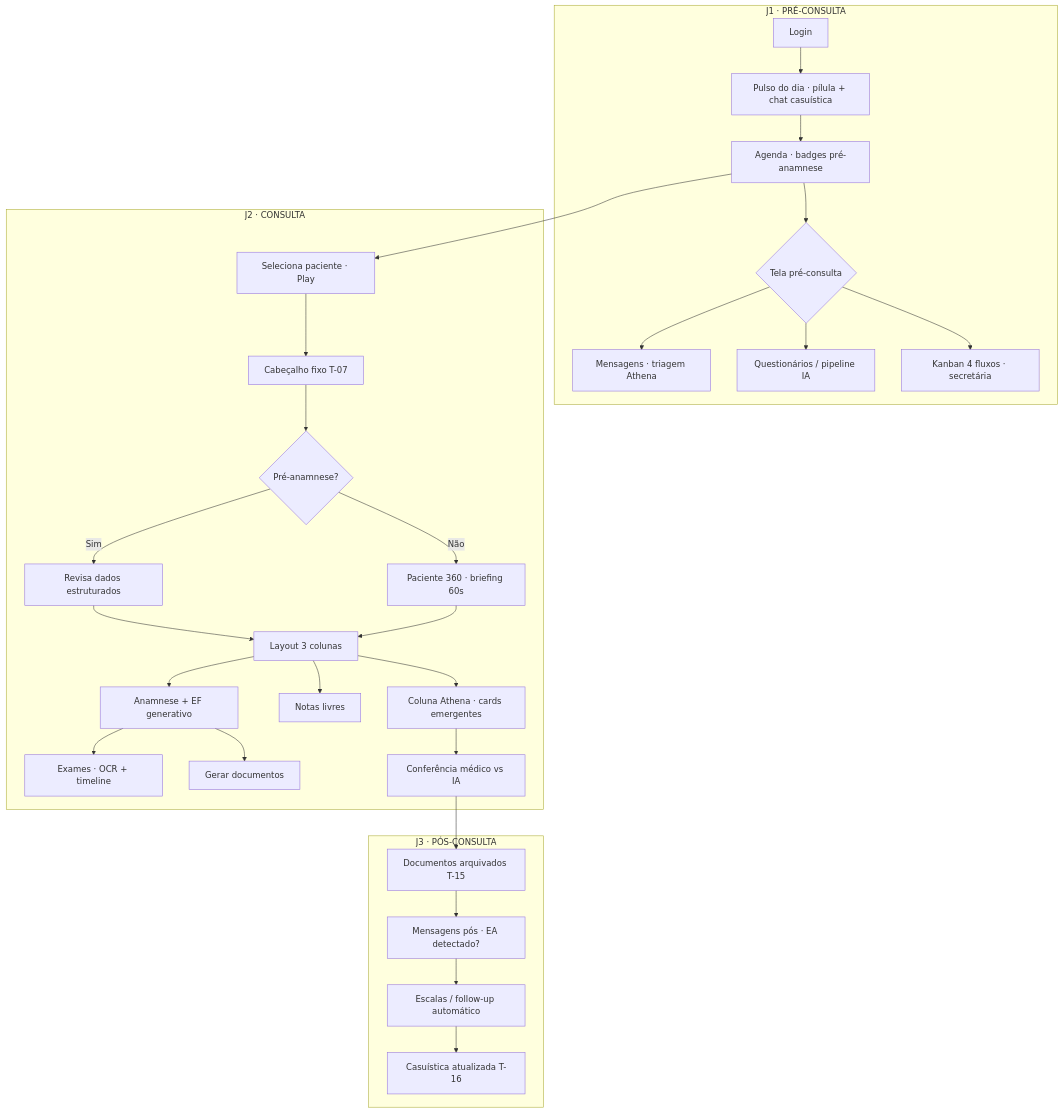
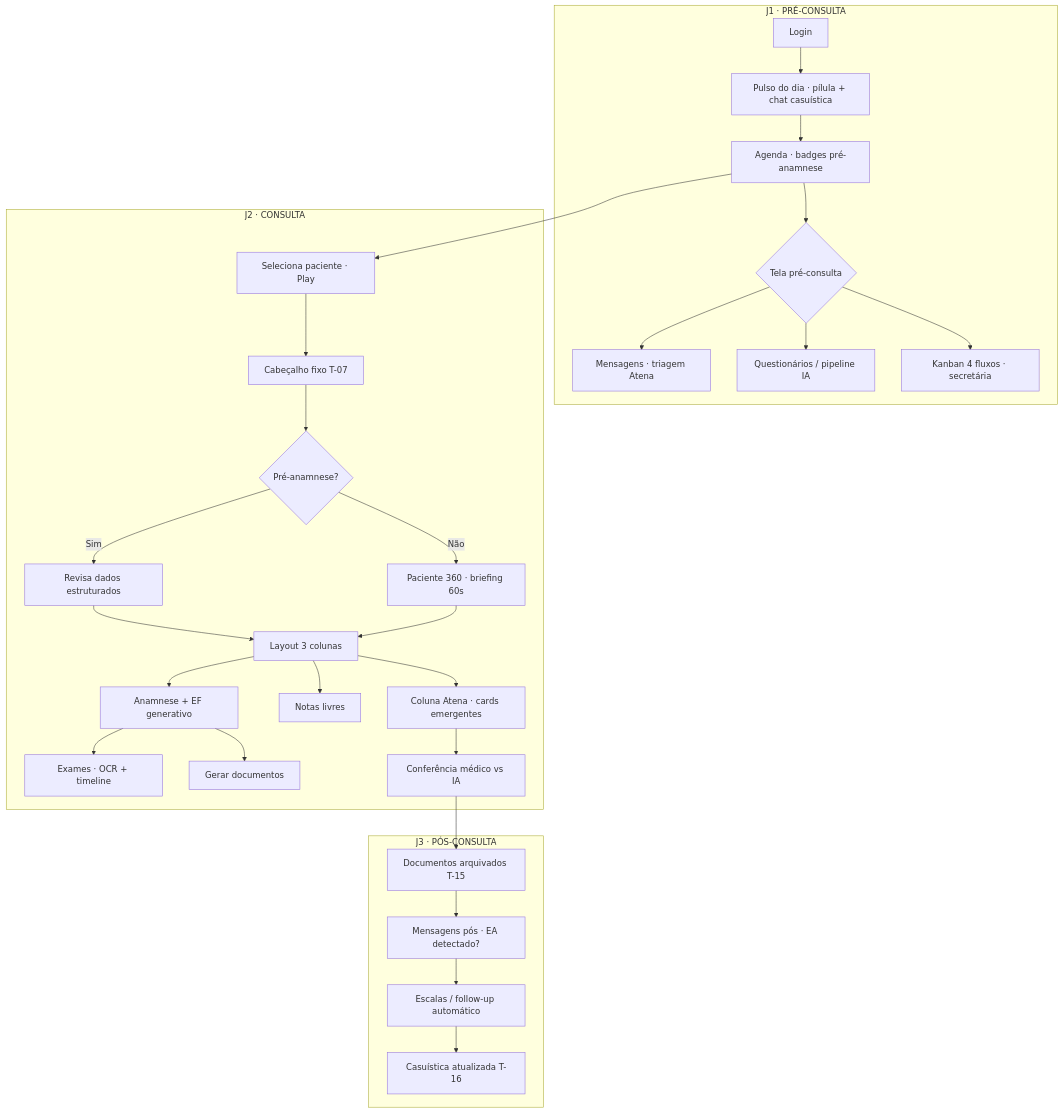
The second of 5 diagrams in docs/Userflow_Jornadas_Proposta.md (lucasrcorreia23/discovery-wecann), drawn with Mermaid before and after one commit. The commit also changed other lines of this file and 21 other files, not shown here.

````diff
--- a/docs/Userflow_Jornadas_Proposta.md
+++ b/docs/Userflow_Jornadas_Proposta.md
@@ -53,49 +53,49 @@
 ```mermaid
 flowchart TD
     subgraph J1["J1 · PRÉ-CONSULTA"]
         L[Login]
         P[Pulso do dia · pílula + chat casuística]
         AG[Agenda · badges pré-anamnese]
         PRE{Tela pré-consulta}
-        M[Mensagens · triagem Athena]
+        M[Mensagens · triagem Atena]
         Q[Questionários / pipeline IA]
         K[Kanban 4 fluxos · secretária]
         L --> P --> AG --> PRE
         PRE --> M
         PRE --> Q
         PRE --> K
     end
 
     subgraph J2["J2 · CONSULTA"]
         SEL[Seleciona paciente · Play]
         H[Cabeçalho fixo T-07]
         BR{Pré-anamnese?}
         REV[Revisa dados estruturados]
         P360[Paciente 360 · briefing 60s]
         COL[Layout 3 colunas]
         AN[Anamnese + EF generativo]
         NT[Notas livres]
-        ATH[Coluna Athena · cards emergentes]
+        ATH[Coluna Atena · cards emergentes]
         EX[Exames · OCR + timeline]
         DOC[Gerar documentos]
         CONF[Conferência médico vs IA]
         AG --> SEL
         SEL --> H --> BR
         BR -->|Sim| REV --> COL
         BR -->|Não| P360 --> COL
         COL --> AN
         COL --> NT
         COL --> ATH
         AN --> EX
         AN --> DOC
         ATH --> CONF
     end
 
     subgraph J3["J3 · PÓS-CONSULTA"]
         ARQ[Documentos arquivados T-15]
         MSG[Mensagens pós · EA detectado?]
         ESC[Escalas / follow-up automático]
         CAS[Casuística atualizada T-16]
         CONF --> ARQ --> MSG --> ESC --> CAS
     end
 ```
````
